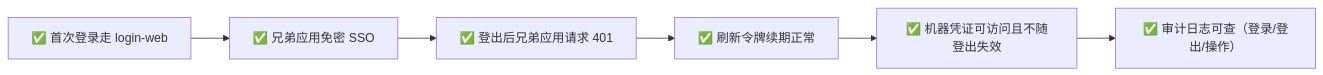
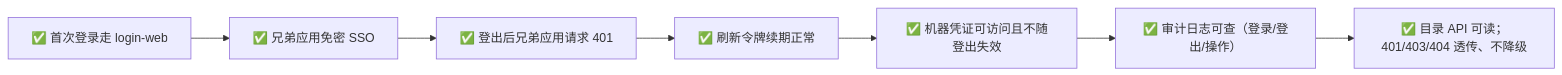
The fifth of 5 diagrams in docs/design/application-integration-guide.md (morehao/ark-iam), drawn with Mermaid before and after one commit. The commit also changed other lines of this file and 76 other files, not shown here.

````diff
--- a/docs/design/application-integration-guide.md
+++ b/docs/design/application-integration-guide.md
@@ -406,8 +594,9 @@
 ```mermaid
 flowchart LR
     A["✅ 首次登录走 login-web"] --> B["✅ 兄弟应用免密 SSO"]
     B --> C["✅ 登出后兄弟应用请求 401"]
     C --> D["✅ 刷新令牌续期正常"]
     D --> E["✅ 机器凭证可访问且不随登出失效"]
     E --> F["✅ 审计日志可查（登录/登出/操作）"]
+    F --> G["✅ 目录 API 可读；401/403/404 透传、不降级"]
 ```
````
